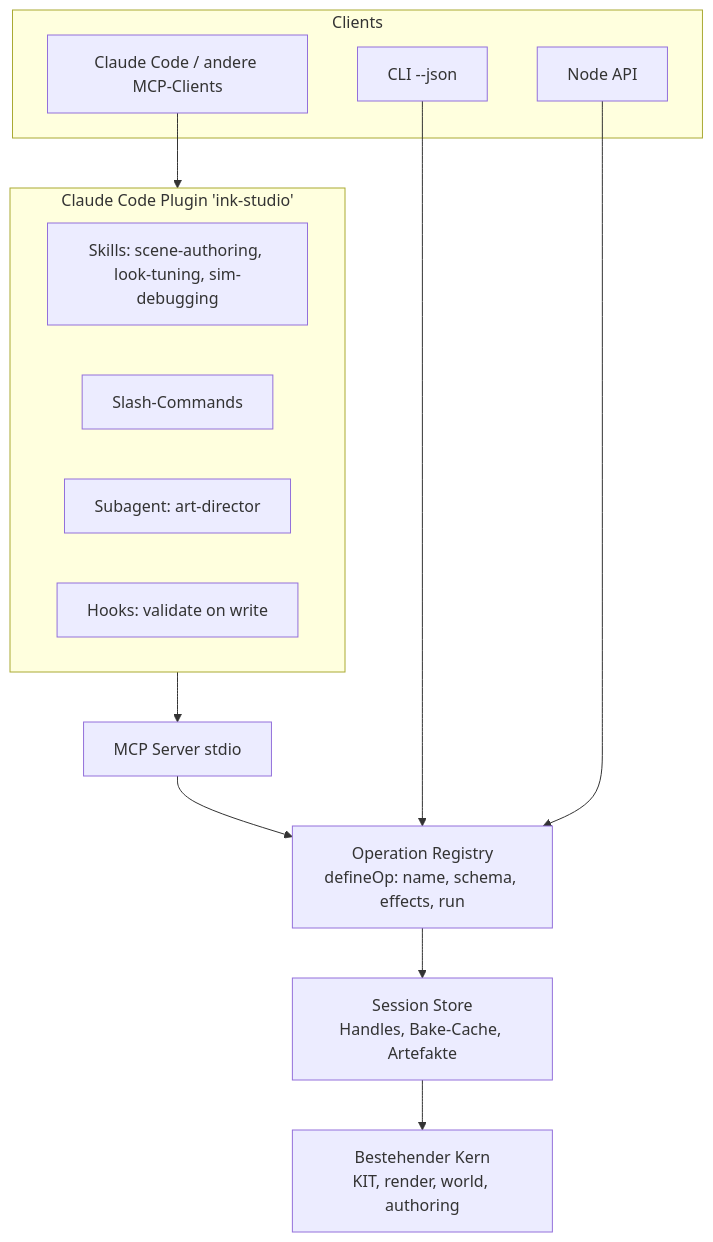
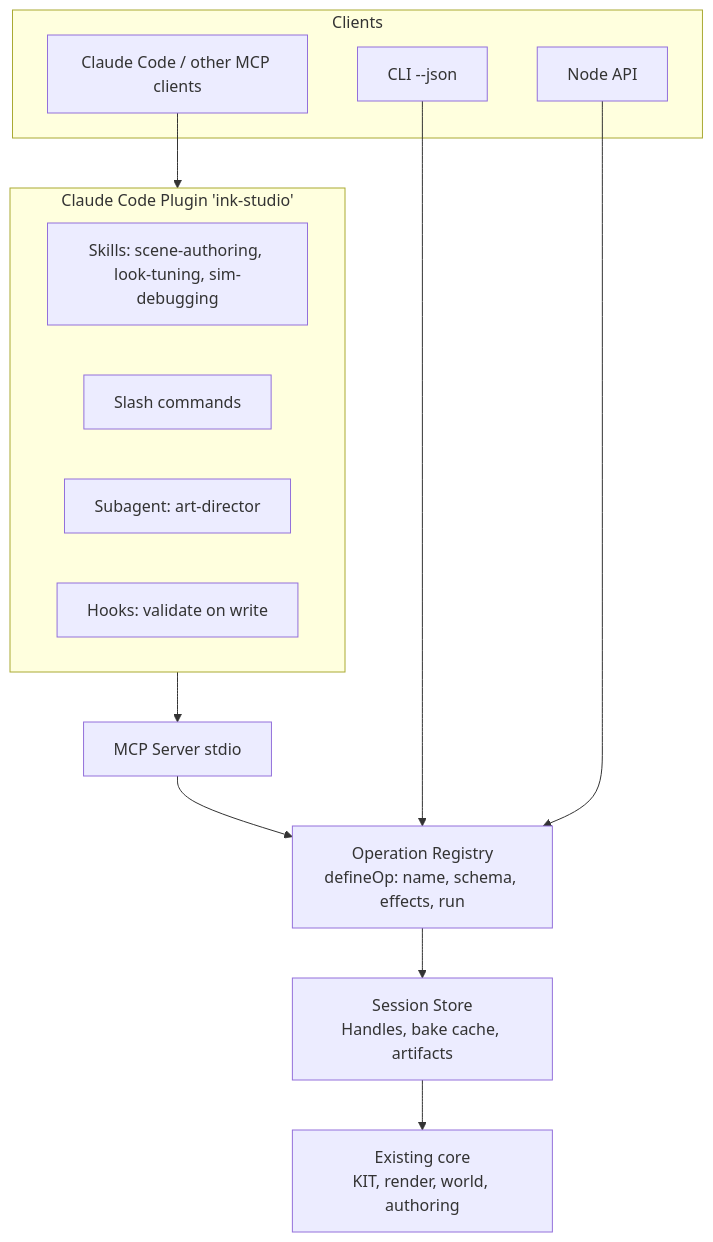
The diagram in AGENT-FIRST-ANALYSIS.md (l0westbob/shapeshift-labs-ink-studio), drawn with Mermaid before and after one commit. The commit also changed other lines of this file, not shown here.

````diff
--- a/AGENT-FIRST-ANALYSIS.md
+++ b/AGENT-FIRST-ANALYSIS.md
@@ -104,21 +104,21 @@
 ```mermaid
 flowchart TB
   subgraph Clients
-    CC[Claude Code / andere MCP-Clients]
+    CC[Claude Code / other MCP clients]
     CLI2[CLI --json]
     NODE[Node API]
   end
   subgraph Plugin[Claude Code Plugin 'ink-studio']
     SK[Skills: scene-authoring, look-tuning, sim-debugging]
-    CMDS[Slash-Commands]
+    CMDS[Slash commands]
     SUB[Subagent: art-director]
     HK[Hooks: validate on write]
   end
   CC --> Plugin
   Plugin --> MCP
   MCP[MCP Server stdio] --> REG
   CLI2 --> REG
   NODE --> REG
-  REG[Operation Registry<br/>defineOp: name, schema, effects, run] --> SESS[Session Store<br/>Handles, Bake-Cache, Artefakte]
-  SESS --> CORE[Bestehender Kern<br/>KIT, render, world, authoring]
+  REG[Operation Registry<br/>defineOp: name, schema, effects, run] --> SESS[Session Store<br/>Handles, bake cache, artifacts]
+  SESS --> CORE[Existing core<br/>KIT, render, world, authoring]
 ```
````
